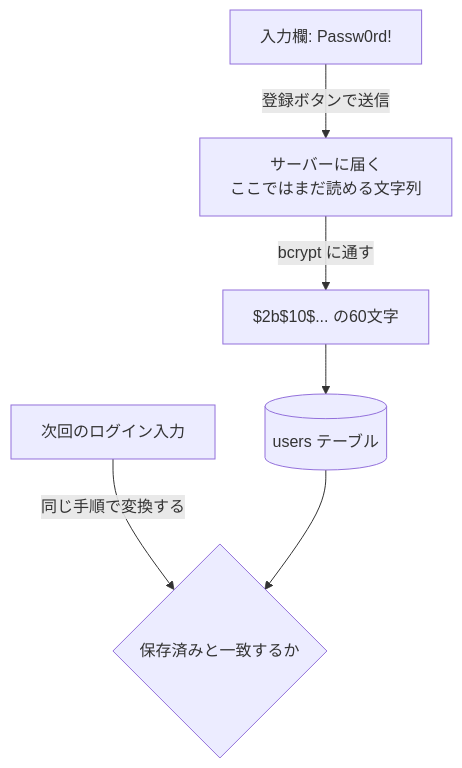
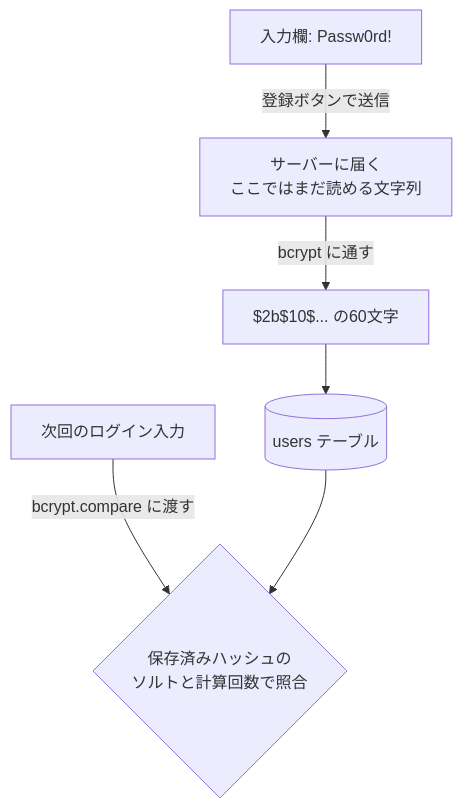
One commit to kouiso/task-app changed the second of 2 diagrams in material/30days-curriculum/day06_ユーザー登録画面.md. Above: the diagram before and after it, drawn with Mermaid. The commit also changed other lines of this file and 345 other files, not shown here.

````diff
--- a/material/30days-curriculum/day06_ユーザー登録画面.md
+++ b/material/30days-curriculum/day06_ユーザー登録画面.md
@@ -597,8 +628,8 @@
 ```mermaid
 flowchart TB
     IN["入力欄: Passw0rd!"] -->|"登録ボタンで送信"| SRV["サーバーに届く<br/>ここではまだ読める文字列"]
     SRV -->|"bcrypt に通す"| HASH["$2b$10$... の60文字"]
     HASH --> DB[("users テーブル")]
-    LOGIN["次回のログイン入力"] -->|"同じ手順で変換する"| CMP{"保存済みと一致するか"}
+    LOGIN["次回のログイン入力"] -->|"bcrypt.compare に渡す"| CMP{"保存済みハッシュの<br/>ソルトと計算回数で照合"}
     DB --> CMP
 ```
````
